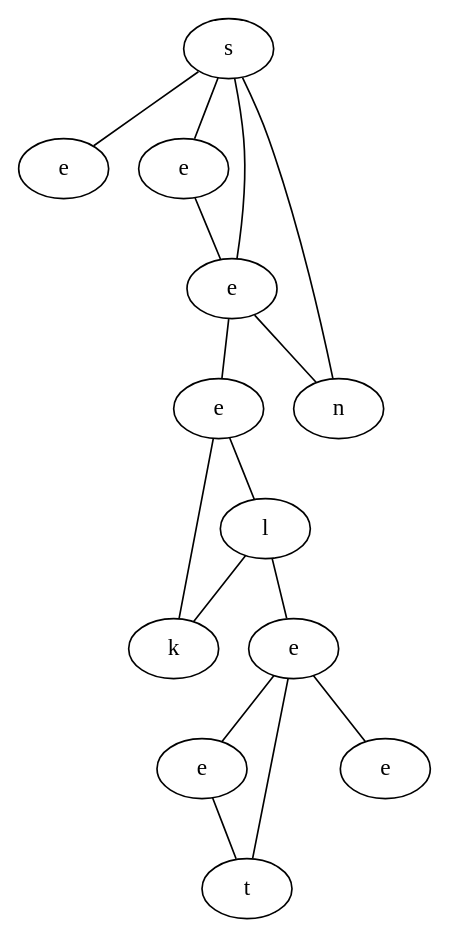
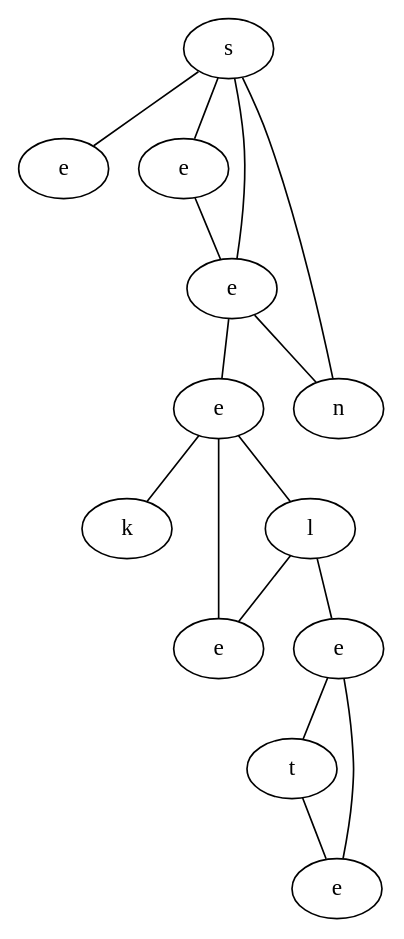
Before and after one commit to schrum2/MM-NEAT: the diagram in data/VGLC/graph.dot, drawn with Graphviz. The commit also changed 3 other files, not shown here.

```diff
--- a/data/VGLC/graph.dot
+++ b/data/VGLC/graph.dot
@@ -1,29 +1,29 @@
 graph {
-htdm[label="s"]
-uAPO[label="e"]
-UHIr[label="e"]
-twGV[label="e"]
-tlkR[label="n"]
-bPrO[label="e"]
-Uzcm[label="l"]
-SIeA[label="k"]
-AEgI[label="e"]
-jYIN[label="e"]
-Fznn[label="t"]
-qNfz[label="e"]
-htdm -- uAPO
-htdm -- UHIr
-htdm -- twGV
-htdm -- tlkR
-UHIr -- twGV
-twGV -- bPrO
-twGV -- tlkR
-bPrO -- Uzcm
-bPrO -- SIeA
-Uzcm -- SIeA
-Uzcm -- AEgI
-AEgI -- jYIN
-AEgI -- Fznn
-AEgI -- qNfz
-jYIN -- Fznn
+yZhe[label="s"]
+eWeS[label="e"]
+vmLS[label="e"]
+OYQt[label="e"]
+Mnwr[label="n"]
+yWHy[label="e"]
+PDtl[label="k"]
+ZiOE[label="l"]
+VqDb[label="e"]
+KtTI[label="e"]
+uSYg[label="t"]
+yUSH[label="e"]
+yZhe -- eWeS
+yZhe -- vmLS
+yZhe -- OYQt
+yZhe -- Mnwr
+vmLS -- OYQt
+OYQt -- yWHy
+OYQt -- Mnwr
+yWHy -- PDtl
+yWHy -- ZiOE
+yWHy -- VqDb
+ZiOE -- KtTI
+ZiOE -- VqDb
+KtTI -- uSYg
+KtTI -- yUSH
+uSYg -- yUSH
 }
```
